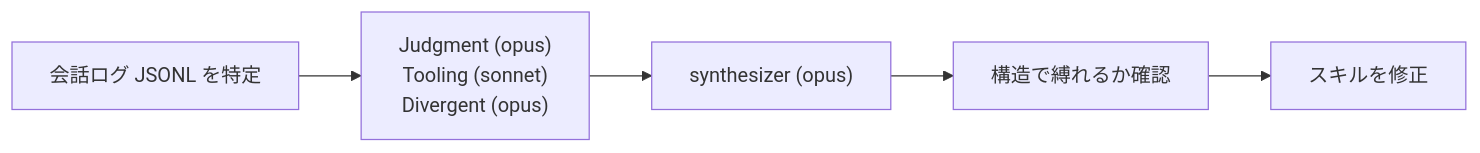
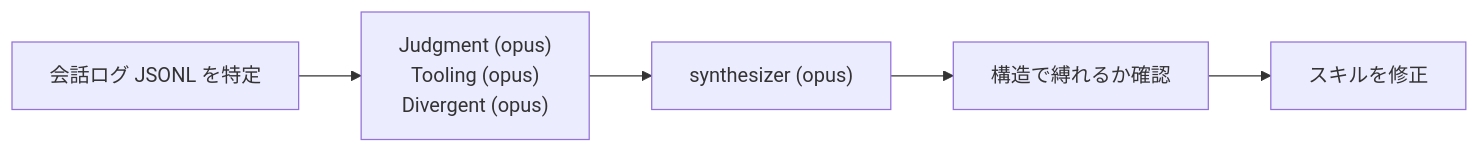
One commit to souljazzfunk/lab changed the ninth of 12 diagrams in pstack-cc/docs/skill-map.ja.md. Above: the diagram before and after it, drawn with Mermaid. The commit also changed other lines of this file and 116 other files, not shown here.

````diff
--- a/pstack-cc/docs/skill-map.ja.md
+++ b/pstack-cc/docs/skill-map.ja.md
@@ -179,7 +171,7 @@
 ```mermaid
 flowchart LR
-  A[会話ログ JSONL を特定] --> B["Judgment (opus)<br/>Tooling (sonnet)<br/>Divergent (opus)"]
+  A[会話ログ JSONL を特定] --> B["Judgment (opus)<br/>Tooling (opus)<br/>Divergent (opus)"]
   B --> C["synthesizer (opus)"]
   C --> D[構造で縛れるか確認]
   D --> E[スキルを修正]
 ```
````
